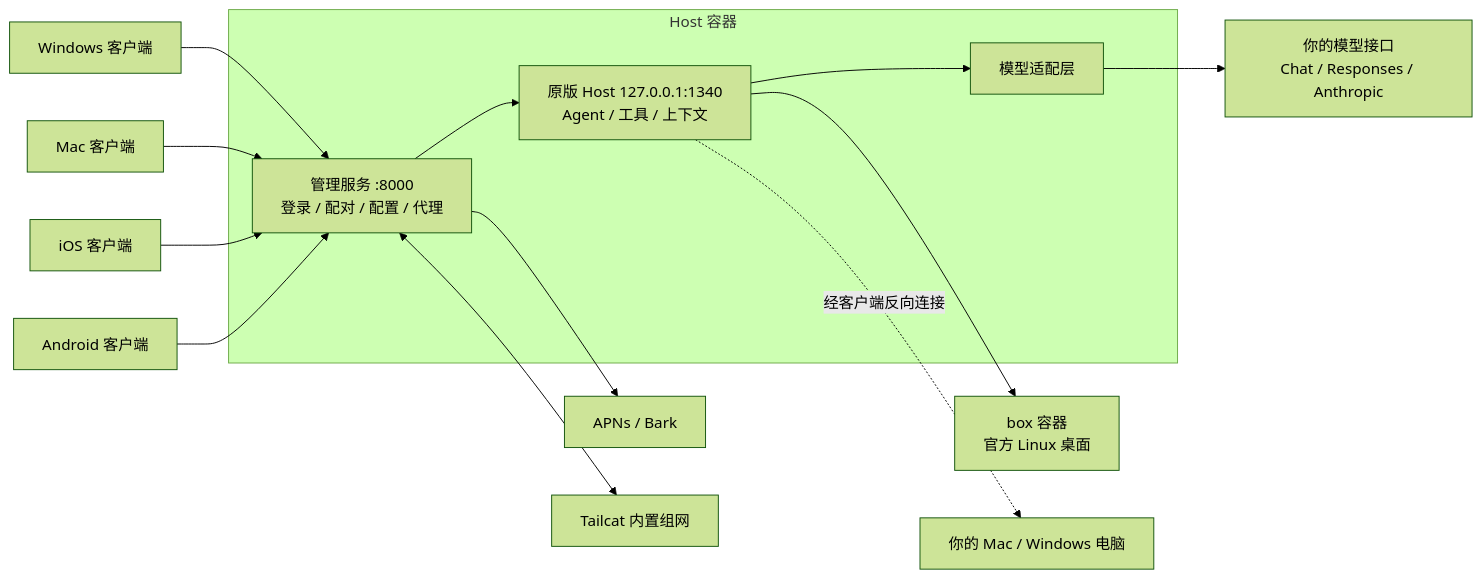
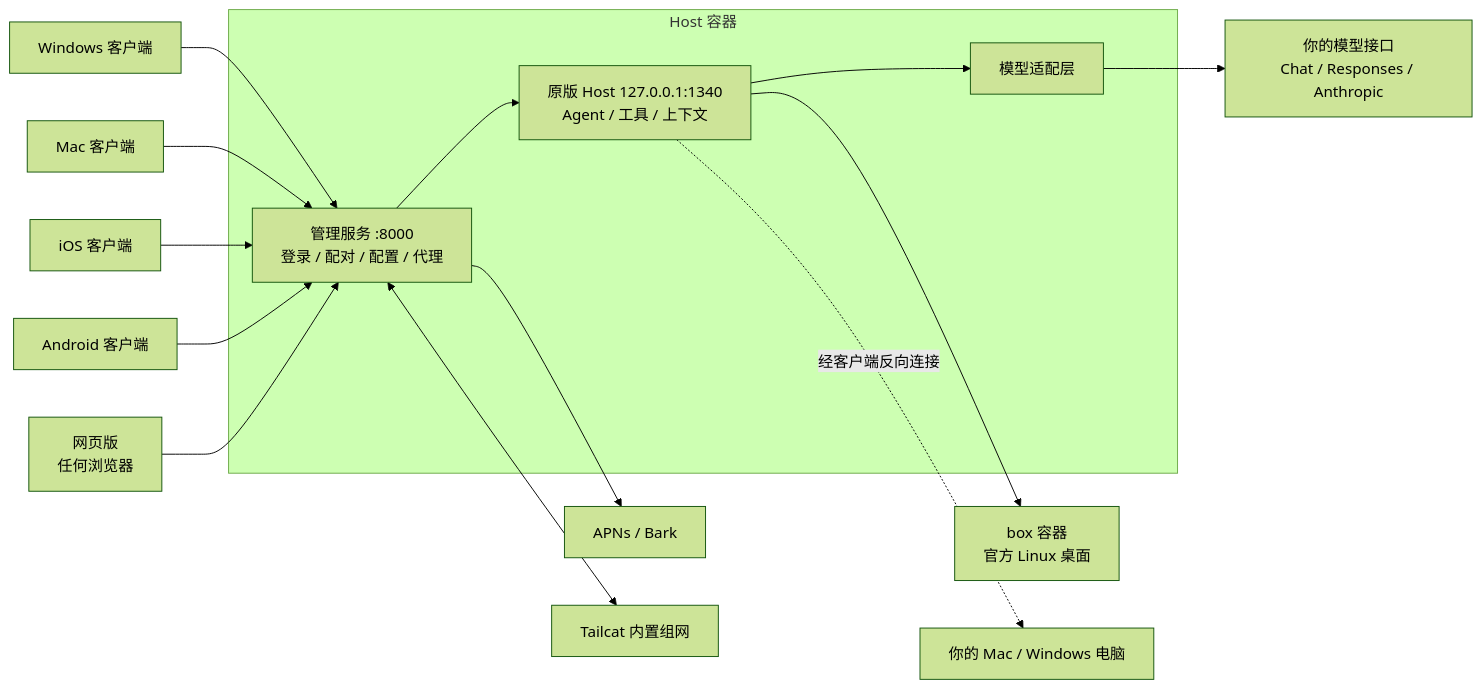
One commit to RyanLu99/prokbot-plus changed the diagram in docs/ARCHITECTURE.md. Above: the diagram before and after it, drawn with Mermaid (forest theme). The commit also changed other lines of this file and 52 other files, not shown here.

````diff
--- a/docs/ARCHITECTURE.md
+++ b/docs/ARCHITECTURE.md
@@ -17,16 +17,17 @@
 ```mermaid
 flowchart LR
   Win[Windows 客户端] --> Admin
   Mac[Mac 客户端] --> Admin
   iOS[iOS 客户端] --> Admin
   And[Android 客户端] --> Admin
+  Web[网页版<br/>任何浏览器] --> Admin
   subgraph Host 容器
     Admin[管理服务 :8000<br/>登录 / 配对 / 配置 / 代理] --> Core[原版 Host 127.0.0.1:1340<br/>Agent / 工具 / 上下文]
     Core --> Adapter[模型适配层]
   end
   Adapter --> Model[你的模型接口<br/>Chat / Responses / Anthropic]
   Core --> Box[box 容器<br/>官方 Linux 桌面]
   Core -.经客户端反向连接.-> PC[你的 Mac / Windows 电脑]
   Admin --> Push[APNs / Bark]
   Admin <--> Tailcat[Tailcat 内置组网]
 ```
````
